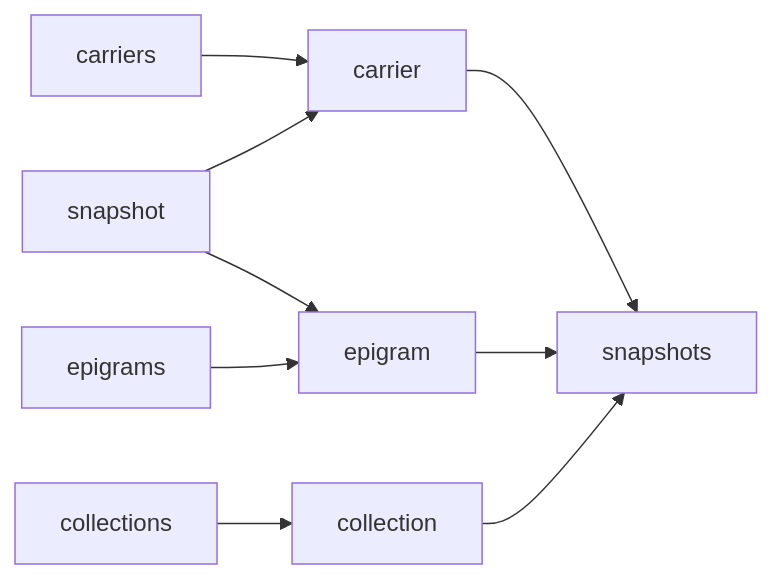
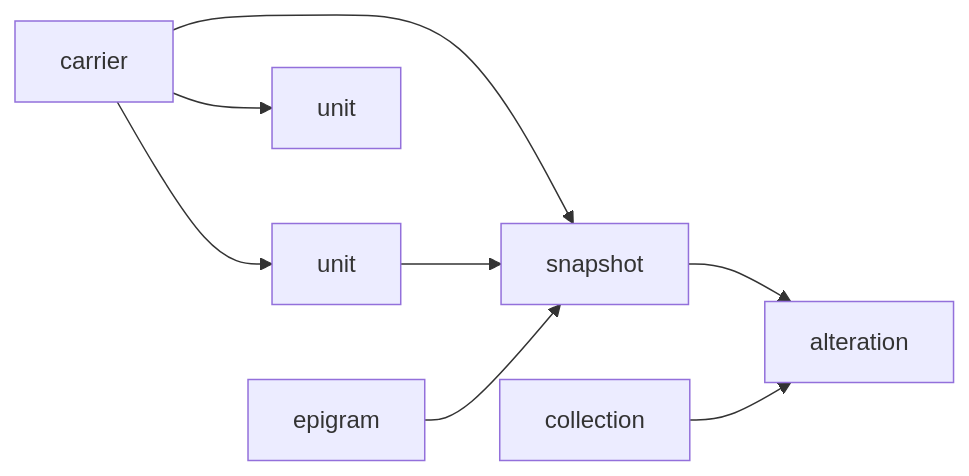
The diagram in ux/site.md (vedph/gve-doc), drawn with Mermaid before and after one commit. The commit also changed other lines of this file, not shown here.

````diff
--- a/ux/site.md
+++ b/ux/site.md
@@ -11,11 +11,10 @@
 ```mermaid
 graph LR
-    carriers --> carrier
-    carrier --> snapshots
-    snapshot --> epigram
-    snapshot --> carrier
-    epigrams --> epigram
-    epigram --> snapshots
-    collections --> collection
-    collection --> snapshots
+    carrier --> snapshot
+    carrier --> unit
+    carrier --> unit2[unit]
+    unit --> snapshot
+    snapshot --> alteration
+    epigram --> snapshot
+    collection --> alteration
 ```
````
